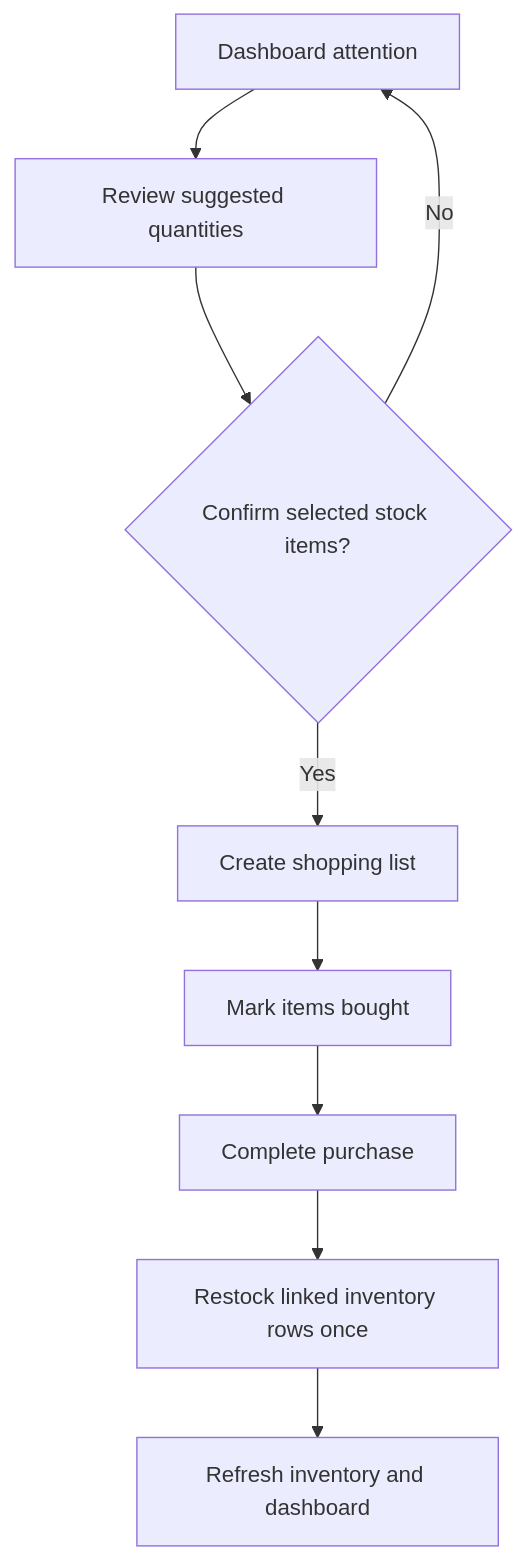
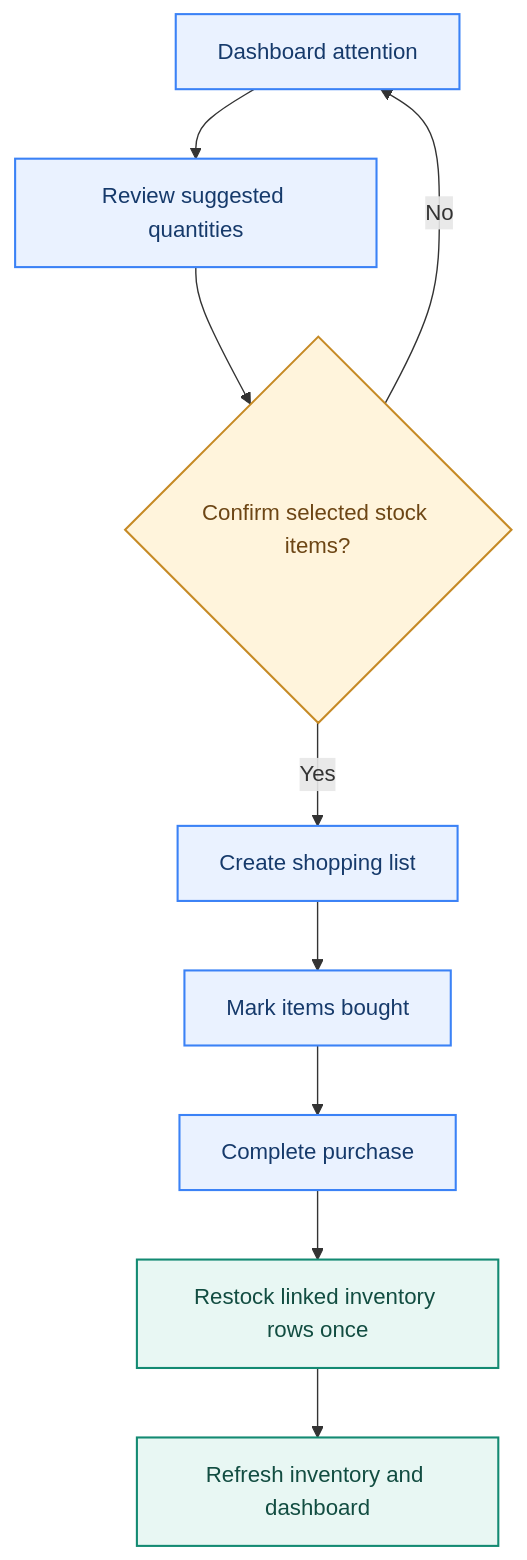
One commit to chankiahuja/pantry-pal changed the fifth of 7 diagrams in docs/ARCHITECTURE.md. Above: the diagram before and after it, drawn with Mermaid. The commit also changed other lines of this file, not shown here.

Commit message:
docs: visually style architecture diagrams with consistent Mermaid palette and sequence numbering

````diff
--- a/docs/ARCHITECTURE.md
+++ b/docs/ARCHITECTURE.md
@@ -83,11 +117,18 @@
 ```mermaid
 flowchart TD
     Dashboard["Dashboard attention"] --> Review["Review suggested quantities"]
     Review --> Pick{"Confirm selected stock items?"}
     Pick -->|No| Dashboard
     Pick -->|Yes| List["Create shopping list"]
     List --> Buy["Mark items bought"]
     Buy --> Complete["Complete purchase"]
     Complete --> Restock["Restock linked inventory rows once"]
     Restock --> Refresh["Refresh inventory and dashboard"]
+
+    classDef action fill:#EAF2FF,stroke:#3B82F6,color:#163A6B,stroke-width:1.5px
+    classDef decision fill:#FFF4DC,stroke:#C68A25,color:#6D4615,stroke-width:1.5px
+    classDef success fill:#E8F7F3,stroke:#138A72,color:#124D41,stroke-width:1.5px
+    class Dashboard,Review,List,Buy,Complete action
+    class Pick decision
+    class Restock,Refresh success
 ```
````
